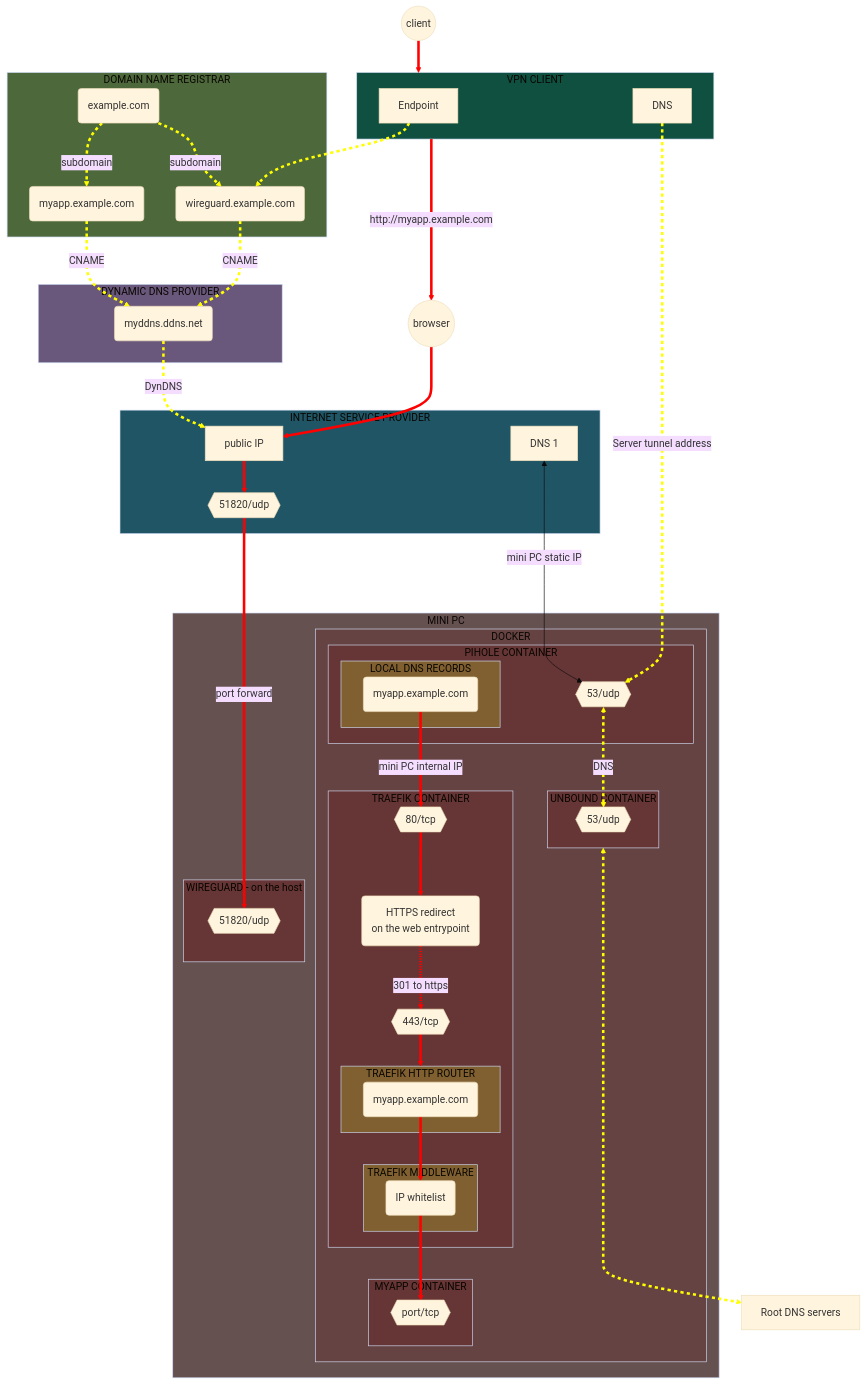
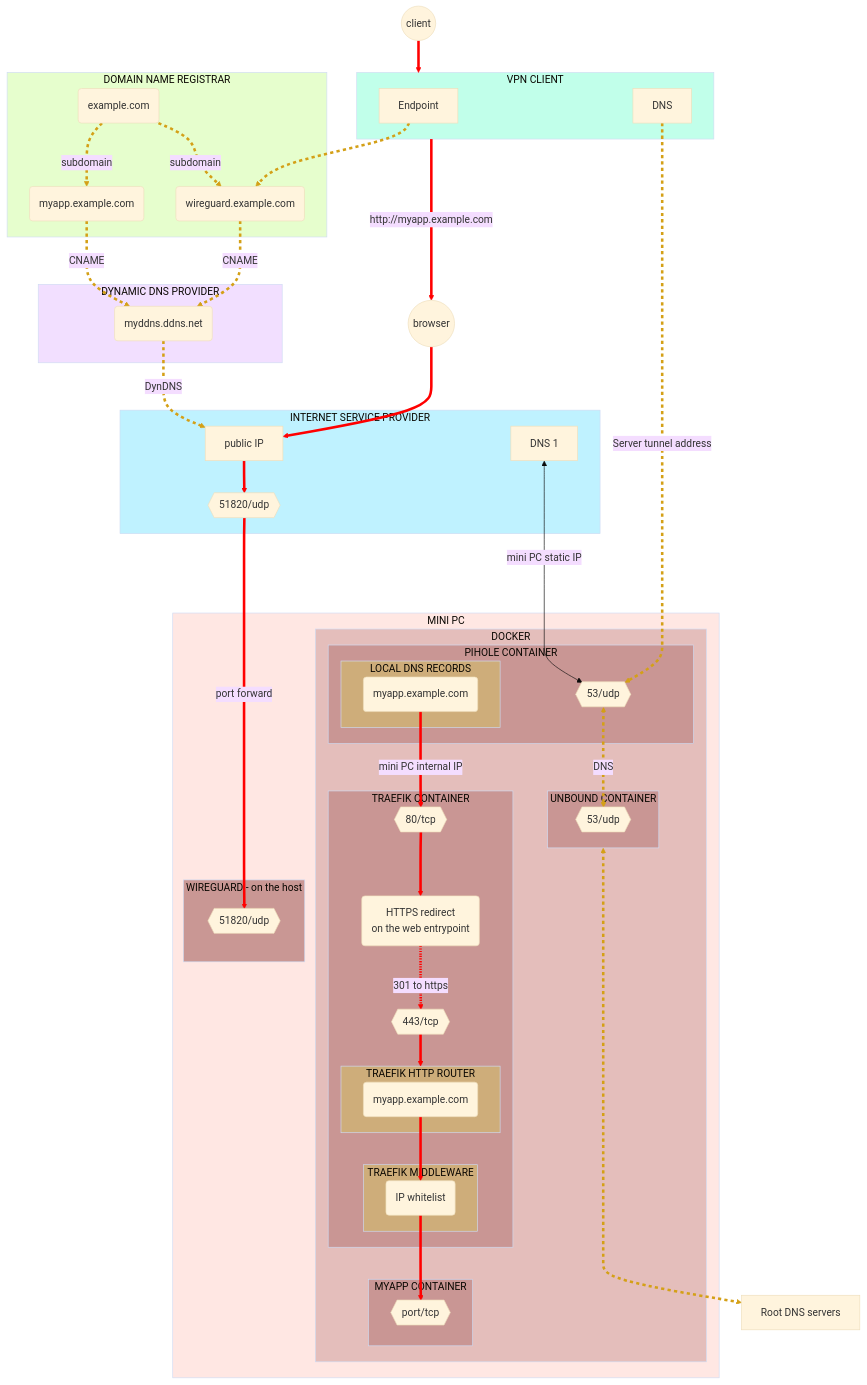
Before and after one commit to Yann39/self-hosted-n100: the ninth of 32 diagrams in README.md, drawn with Mermaid (base theme). The commit also changed other lines of this file and 1 other file, not shown here.

Commit message:
adapted diagrams so they display better in light mode

````diff
--- a/README.md
+++ b/README.md
@@ -2640,19 +2644,19 @@
 ```mermaid
 flowchart TB
-    style HOSTING_PROVIDER fill: #4d683b
-    style DDNS_PROVIDER fill: #69587b
-    style INTERNET_SERVICE_PROVIDER fill: #205566
-    style SERVER_DEVICE fill: #665151
-    style CONTAINER_ENGINE fill: #664343
-    style TRAEFIK_CONTAINER fill: #663535
-    style PIHOLE_CONTAINER fill: #663535
-    style UNBOUND_CONTAINER fill: #663535
-    style WIREGUARD_HOST fill: #663535
-    style MYAPP_CONTAINER fill: #663535
-    style PIHOLE_DNS_RECORDS fill: #806030
-    style TRAEFIK_ROUTER fill: #806030
-    style TRAEFIK_MIDDLEWARE fill: #806030
-    style VPN_CLIENT fill: #105040
+    style HOSTING_PROVIDER fill: #bbfd795e
+    style DDNS_PROVIDER fill: #e2b6ff6e
+    style INTERNET_SERVICE_PROVIDER fill: #45d8ff57
+    style SERVER_DEVICE fill: #febfb45e
+    style CONTAINER_ENGINE fill: #6701022d
+    style TRAEFIK_CONTAINER fill: #66010136
+    style PIHOLE_CONTAINER fill: #66010136
+    style UNBOUND_CONTAINER fill: #66010136
+    style WIREGUARD_HOST fill: #66010159
+    style MYAPP_CONTAINER fill: #66010136
+    style PIHOLE_DNS_RECORDS fill: #defc1e37
+    style TRAEFIK_ROUTER fill: #defc1e37
+    style TRAEFIK_MIDDLEWARE fill: #defc1e37
+    style VPN_CLIENT fill: #18fdb144
     DOMAIN(example.com)
     SUBDOMAIN_MYAPP(myapp.example.com)
     SUBDOMAIN_WIREGUARD(wireguard.example.com)
@@ -2754,15 +2758,15 @@
     DOCKER_PIHOLE_PORT53 <-->|DNS| DOCKER_UNBOUND_PORT53
     UNBOUND_CONTAINER <------> ROOT_DNS_SERVERS
     linkStyle 0 stroke-width: 4px, stroke: red
-    linkStyle 1 stroke-width: 4px, stroke: yellow, stroke-dasharray: 5
-    linkStyle 2 stroke-width: 4px, stroke: yellow, stroke-dasharray: 5
+    linkStyle 1 stroke-width: 4px, stroke: #d4a017, stroke-dasharray: 5
+    linkStyle 2 stroke-width: 4px, stroke: #d4a017, stroke-dasharray: 5
     linkStyle 3 stroke-width: 4px, stroke: red
     linkStyle 4 stroke-width: 4px, stroke: red
-    linkStyle 5 stroke-width: 4px, stroke: yellow, stroke-dasharray: 5
-    linkStyle 6 stroke-width: 4px, stroke: yellow, stroke-dasharray: 5
-    linkStyle 7 stroke-width: 4px, stroke: yellow, stroke-dasharray: 5
-    linkStyle 8 stroke-width: 4px, stroke: yellow, stroke-dasharray: 5
-    linkStyle 9 stroke-width: 4px, stroke: yellow, stroke-dasharray: 5
+    linkStyle 5 stroke-width: 4px, stroke: #d4a017, stroke-dasharray: 5
+    linkStyle 6 stroke-width: 4px, stroke: #d4a017, stroke-dasharray: 5
+    linkStyle 7 stroke-width: 4px, stroke: #d4a017, stroke-dasharray: 5
+    linkStyle 8 stroke-width: 4px, stroke: #d4a017, stroke-dasharray: 5
+    linkStyle 9 stroke-width: 4px, stroke: #d4a017, stroke-dasharray: 5
     linkStyle 10 stroke-width: 4px, stroke: red
     linkStyle 11 stroke-width: 4px, stroke: red
     linkStyle 12 stroke-width: 4px, stroke: red
@@ -2771,6 +2775,6 @@
     linkStyle 15 stroke-width: 4px, stroke: red
     linkStyle 16 stroke-width: 4px, stroke: red
     linkStyle 17 stroke-width: 4px, stroke: red
-    linkStyle 19 stroke-width: 4px, stroke: yellow, stroke-dasharray: 5
-    linkStyle 20 stroke-width: 4px, stroke: yellow, stroke-dasharray: 5
+    linkStyle 19 stroke-width: 4px, stroke: #d4a017, stroke-dasharray: 5
+    linkStyle 20 stroke-width: 4px, stroke: #d4a017, stroke-dasharray: 5
 ```
````
